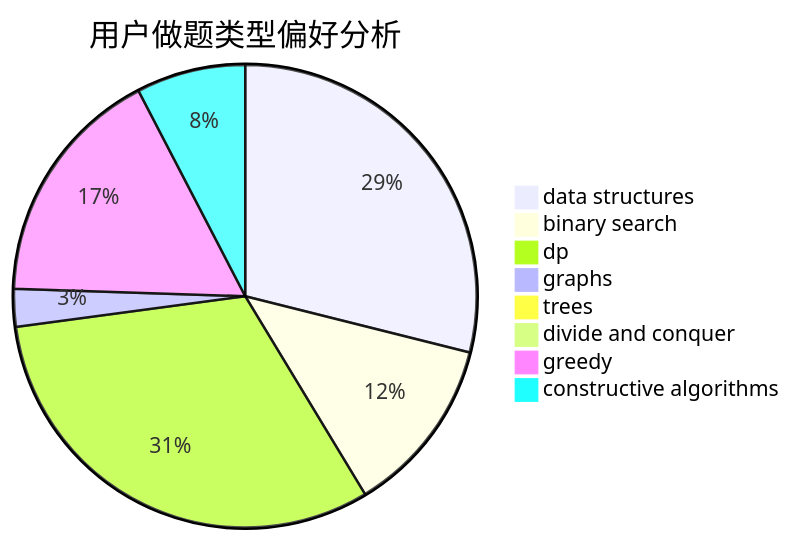
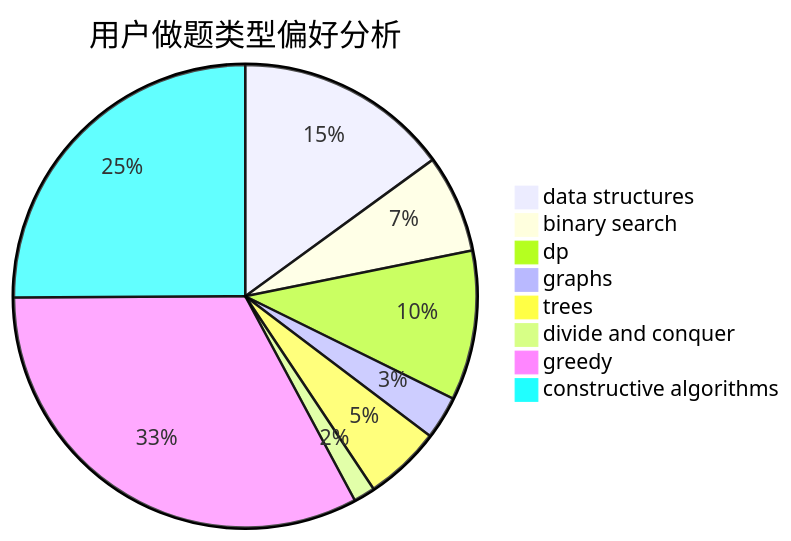
One commit to sherpahu/cfrs.github.io changed the second of 3 diagrams in docs/user/u54.md. Above: the diagram before and after it, drawn with Mermaid. The commit also changed other lines of this file and 2770 other files, not shown here.

````diff
--- a/docs/user/u54.md
+++ b/docs/user/u54.md
@@ -23,11 +23,11 @@
 ```mermaid
 pie title 用户做题类型偏好分析
-    "data structures" :  614
-    "binary search" :  264
-    "dp" :  670
-    "graphs" :  56
-    "trees" :  11
+    "data structures" :  129
+    "binary search" :  59
+    "dp" :  90
+    "graphs" :  26
+    "trees" :  46
     "divide and conquer" :  13
-    "greedy" :  358
-    "constructive algorithms" :  162
+    "greedy" :  282
+    "constructive algorithms" :  216
 ```
````
